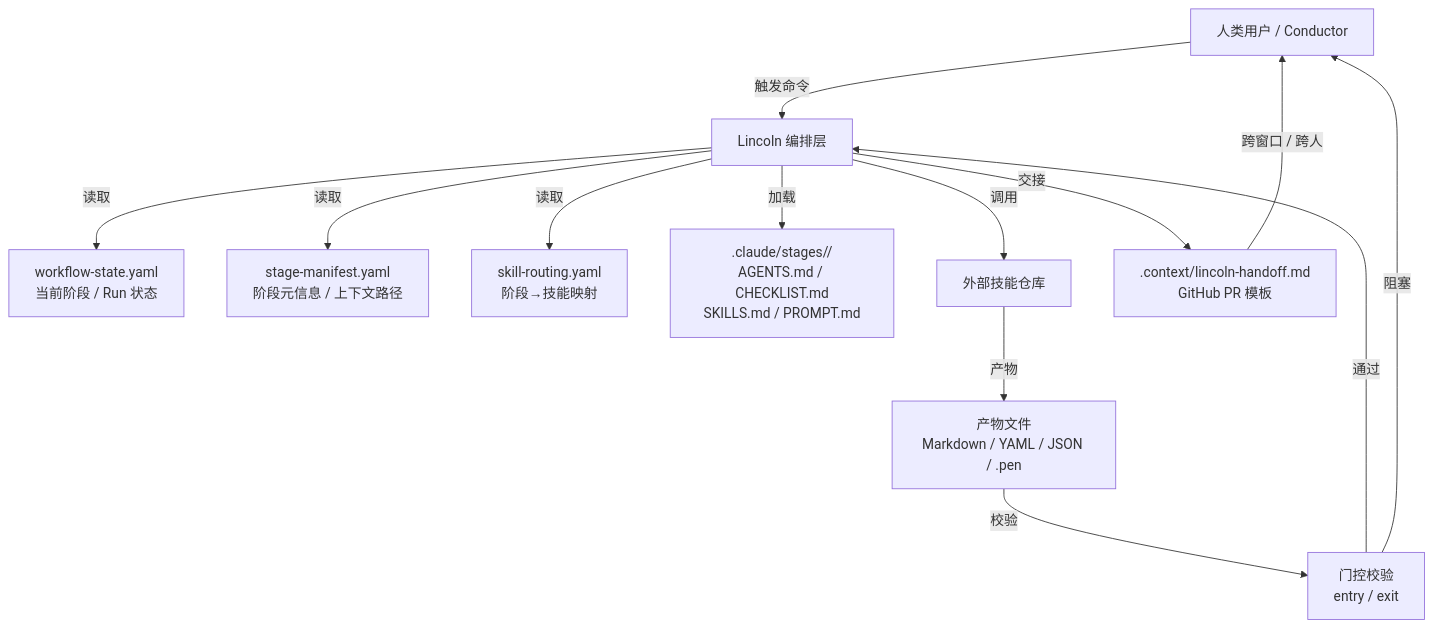
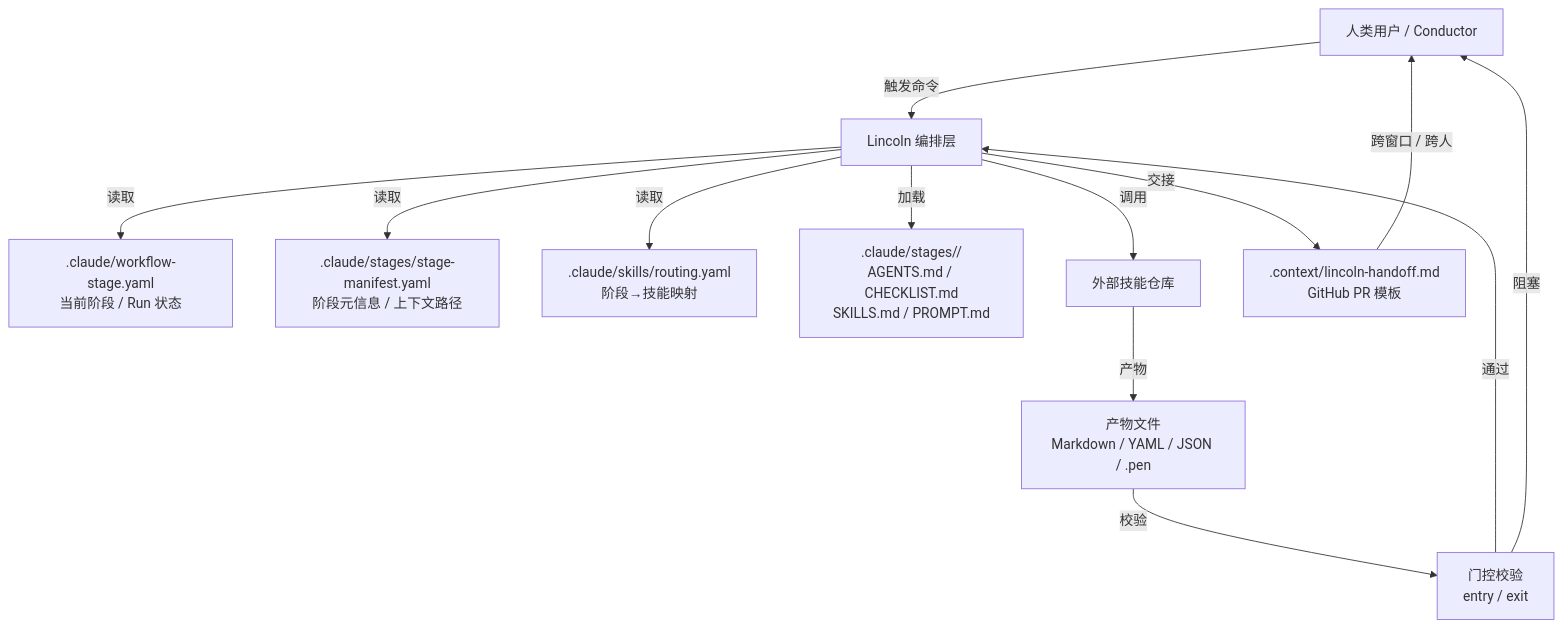
One commit to sushanglewis/product-manager changed the diagram in docs/framework/framework-design.md. Above: the diagram before and after it, drawn with Mermaid. The commit also changed other lines of this file and 105 other files, not shown here.

````diff
--- a/docs/framework/framework-design.md
+++ b/docs/framework/framework-design.md
@@ -209,15 +209,15 @@
 ```mermaid
 flowchart TD
     User["人类用户 / Conductor"] -->|触发命令| Lincoln["Lincoln 编排层"]
-    Lincoln -->|读取| WS["workflow-state.yaml<br/>当前阶段 / Run 状态"]
-    Lincoln -->|读取| SM["stage-manifest.yaml<br/>阶段元信息 / 上下文路径"]
-    Lincoln -->|读取| SR["skill-routing.yaml<br/>阶段→技能映射"]
+    Lincoln -->|读取| WS[".claude/workflow-stage.yaml<br/>当前阶段 / Run 状态"]
+    Lincoln -->|读取| SM[".claude/stages/stage-manifest.yaml<br/>阶段元信息 / 上下文路径"]
+    Lincoln -->|读取| SR[".claude/skills/routing.yaml<br/>阶段→技能映射"]
     Lincoln -->|加载| StageCtx[".claude/stages/<stage>/<br/>AGENTS.md / CHECKLIST.md<br/>SKILLS.md / PROMPT.md"]
     Lincoln -->|调用| ExternalSkills["外部技能仓库"]
     ExternalSkills -->|产物| Artifacts["产物文件<br/>Markdown / YAML / JSON / .pen"]
     Artifacts -->|校验| Gate["门控校验<br/>entry / exit"]
     Gate -->|通过| Lincoln
     Gate -->|阻塞| User
     Lincoln -->|交接| Handoff[".context/lincoln-handoff.md<br/>GitHub PR 模板"]
     Handoff -->|跨窗口 / 跨人| User
 ```
````
